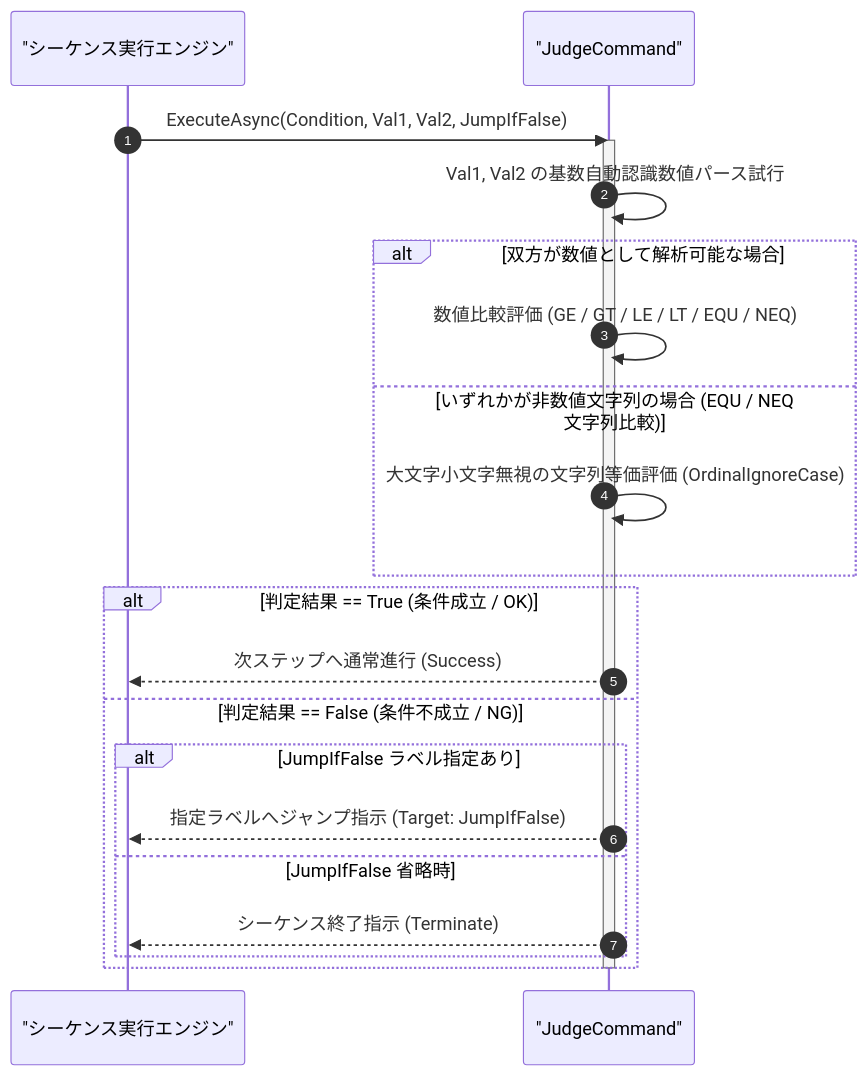
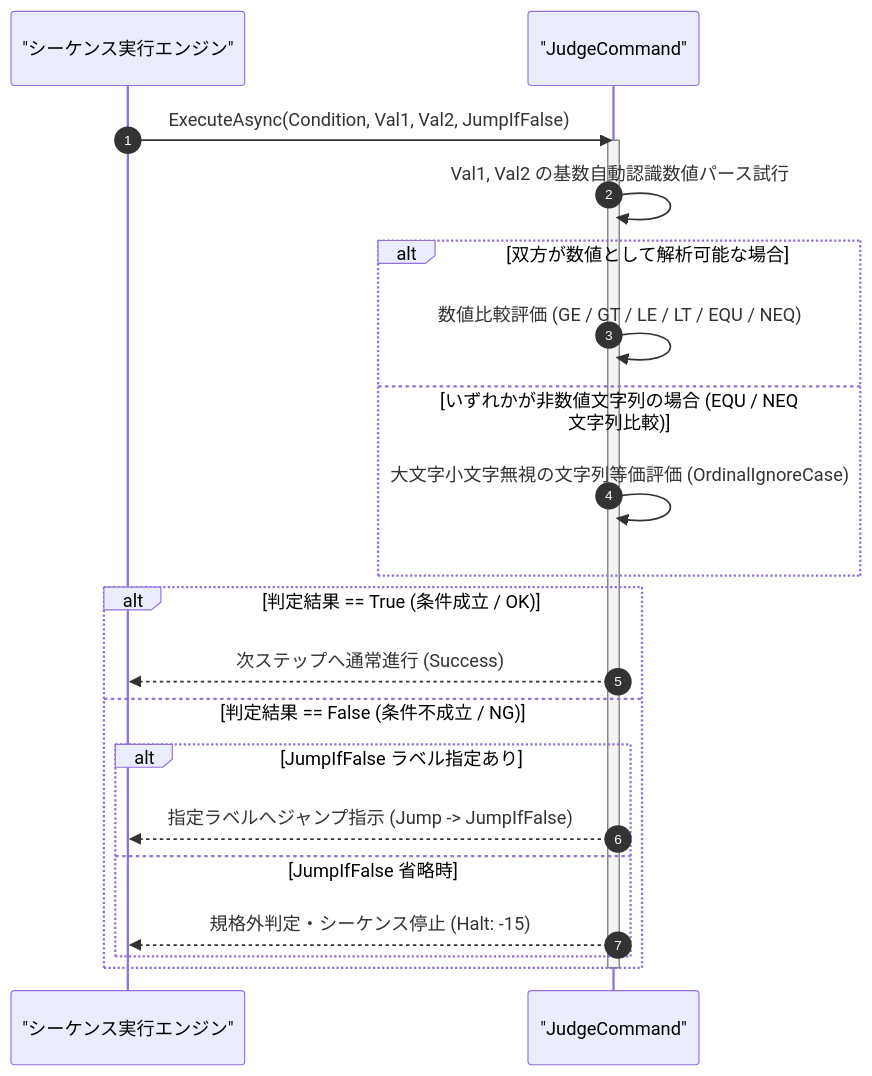
Before and after one commit to Monaca-App/TermAddIn: the diagram in Manual/Core/Sequence/Judge.Md, drawn with Mermaid. The commit also changed other lines of this file and 157 other files, not shown here.

````diff
--- a/Manual/Core/Sequence/Judge.Md
+++ b/Manual/Core/Sequence/Judge.Md
@@ -75,25 +75,25 @@
 ```mermaid
 sequenceDiagram
     autonumber
     participant Engine as "シーケンス実行エンジン"
     participant Cmd as "JudgeCommand"
 
     Engine->>Cmd: ExecuteAsync(Condition, Val1, Val2, JumpIfFalse)
     activate Cmd
     Cmd->>Cmd: Val1, Val2 の基数自動認識数値パース試行
     alt 双方が数値として解析可能な場合
         Cmd->>Cmd: 数値比較評価 (GE / GT / LE / LT / EQU / NEQ)
     else いずれかが非数値文字列の場合 (EQU / NEQ 文字列比較)
         Cmd->>Cmd: 大文字小文字無視の文字列等価評価 (OrdinalIgnoreCase)
     end
     alt 判定結果 == True (条件成立 / OK)
         Cmd-->>Engine: 次ステップへ通常進行 (Success)
     else 判定結果 == False (条件不成立 / NG)
         alt JumpIfFalse ラベル指定あり
-            Cmd-->>Engine: 指定ラベルへジャンプ指示 (Target: JumpIfFalse)
+            Cmd-->>Engine: 指定ラベルへジャンプ指示 (Jump -> JumpIfFalse)
         else JumpIfFalse 省略時
-            Cmd-->>Engine: シーケンス終了指示 (Terminate)
+            Cmd-->>Engine: 規格外判定・シーケンス停止 (Halt: -15)
         end
     end
     deactivate Cmd
 ```
````
